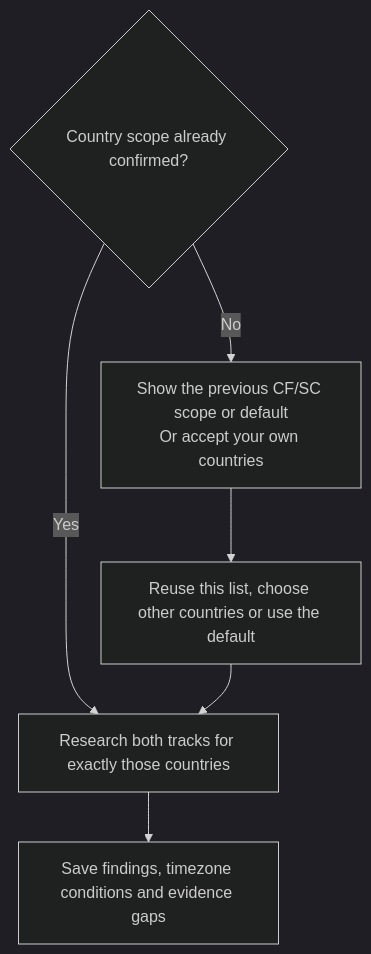
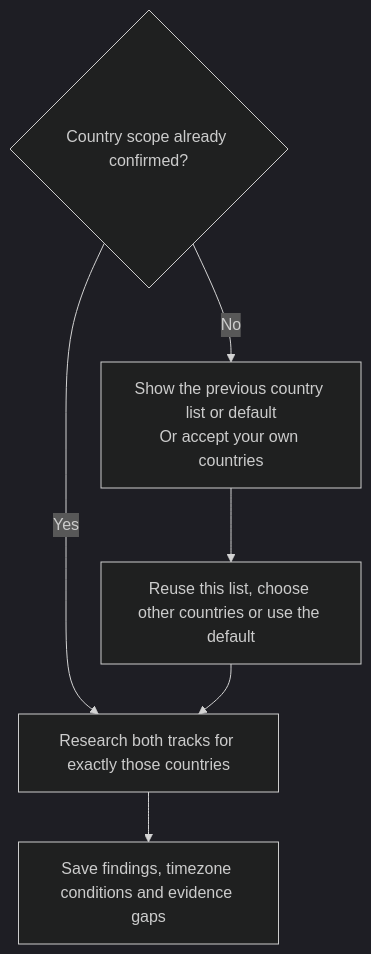
Before and after one commit to myowinthein/agent-compass: the diagram in docs/commands/country-finder/step2-country-discovery.md, drawn with Mermaid (dark theme). The commit also changed 10 other files, not shown here.

````diff
--- a/docs/commands/country-finder/step2-country-discovery.md
+++ b/docs/commands/country-finder/step2-country-discovery.md
@@ -19,8 +19,8 @@
 ```mermaid
 flowchart TD
   Scope{"Country scope already confirmed?"} -->|Yes| Research["Research both tracks for exactly those countries"]
-  Scope -->|No| Offer["Show the previous CF/SC scope or default<br/>Or accept your own countries"]
+  Scope -->|No| Offer["Show the previous country list or default<br/>Or accept your own countries"]
   Offer --> Confirm["Reuse this list, choose other countries or use the default"]
   Confirm --> Research
   Research --> Save["Save findings, timezone conditions and evidence gaps"]
 ```
````
